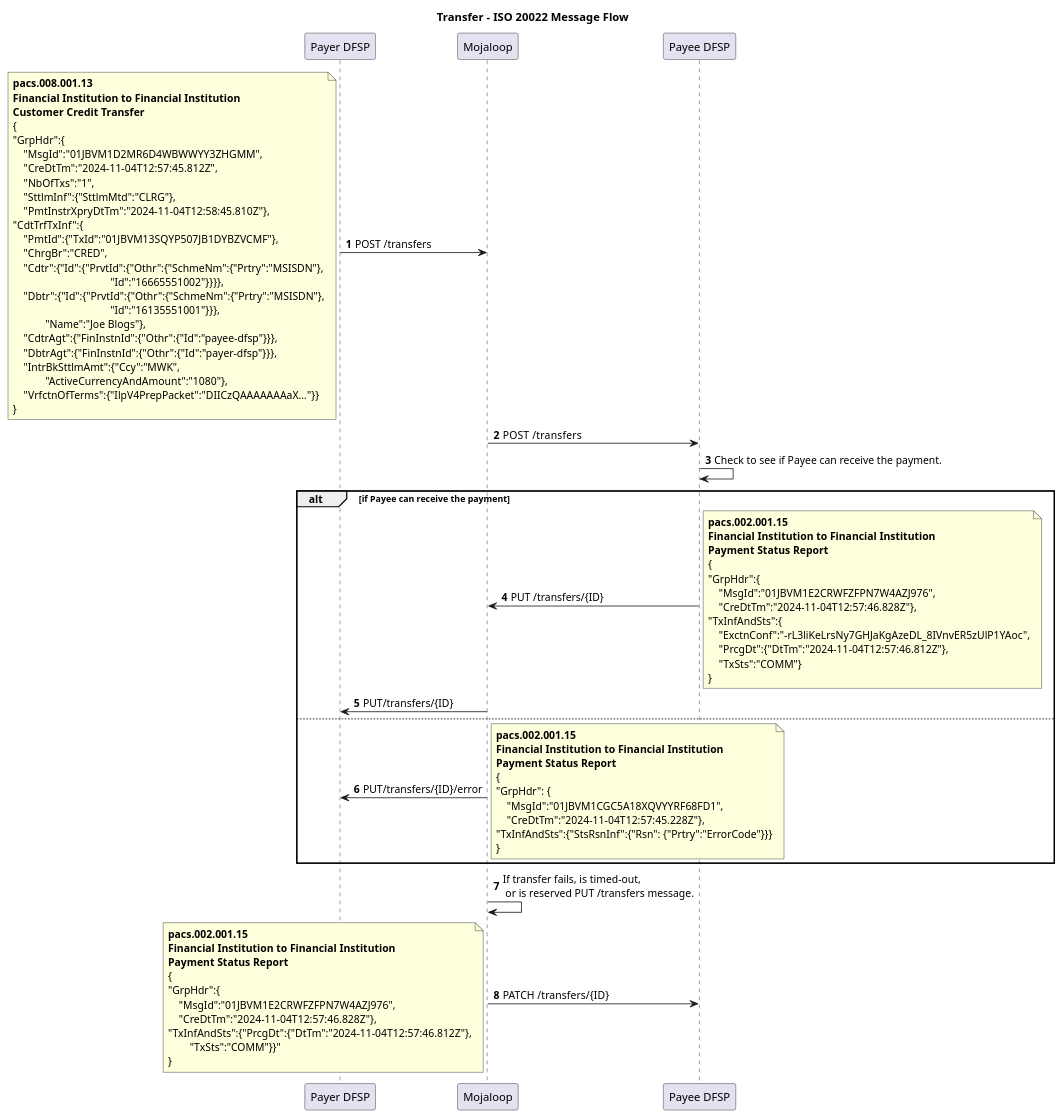
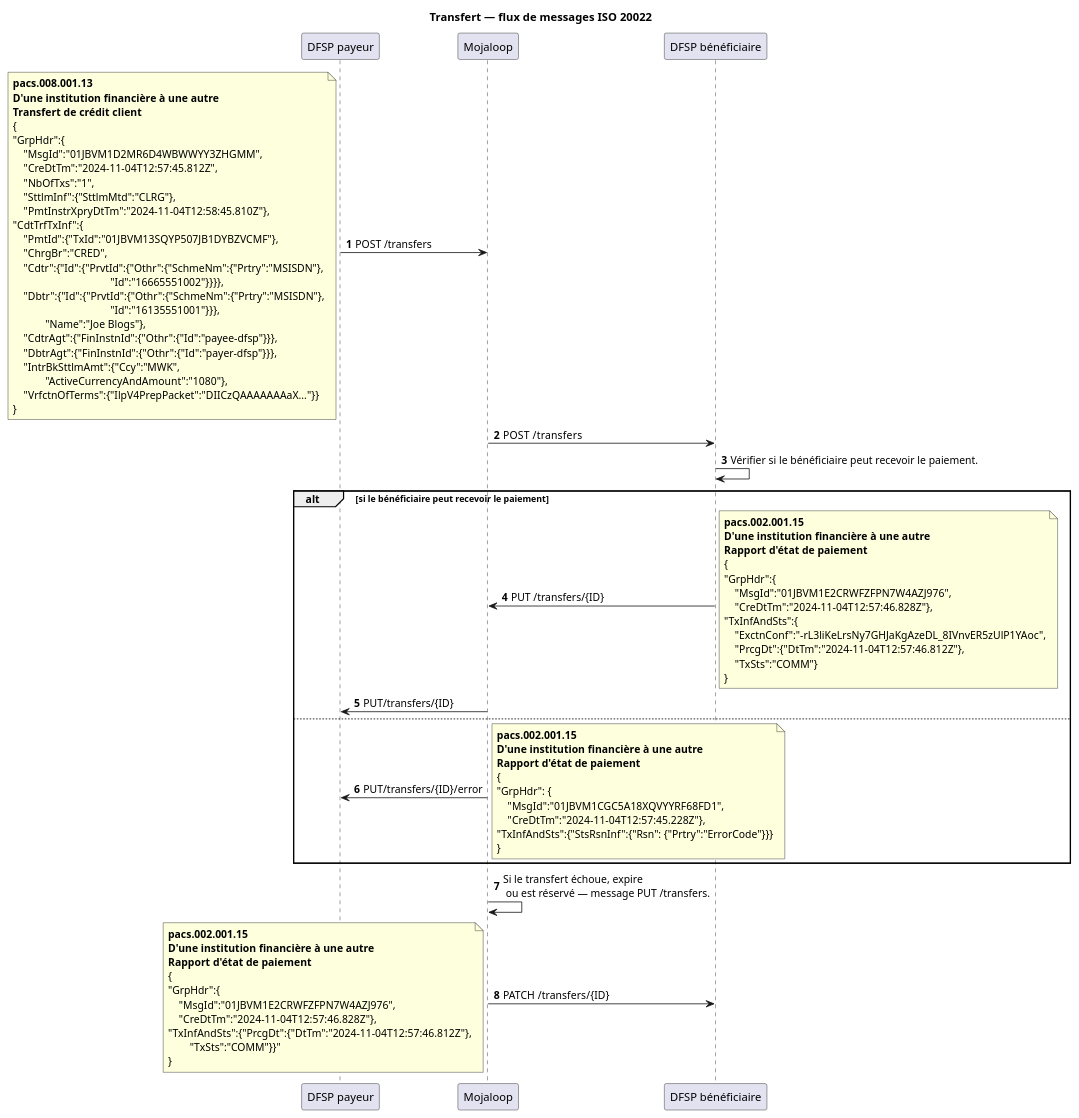
One commit to mojaloop/documentation changed the diagram in docs/fr/product/features/Iso20022/v1.0/SequenceDiagrams/Transfer.plantuml. Above: the diagram before and after it, drawn with PlantUML. The commit also changed 55 other files, not shown here.

Commit message:
feat: update French translations for Currency Conversion documentation and diagrams

```diff
--- a/docs/fr/product/features/Iso20022/v1.0/SequenceDiagrams/Transfer.plantuml
+++ b/docs/fr/product/features/Iso20022/v1.0/SequenceDiagrams/Transfer.plantuml
@@ -1,88 +1,88 @@
 @startuml
 
-Title Transfer - ISO 20022 Message Flow
-participant PayerDFSP as "Payer DFSP"
+Title Transfert — flux de messages ISO 20022
+participant PayerDFSP as "DFSP payeur"
 participant Mojaloop as "Mojaloop"
-participant PayeeDFSP as "Payee DFSP"
+participant PayeeDFSP as "DFSP bénéficiaire"
 
 autonumber
 
 PayerDFSP -> Mojaloop: POST /transfers
 note left
 **pacs.008.001.13**
-**Financial Institution to Financial Institution** 
-**Customer Credit Transfer**
+**D'une institution financière à une autre** 
+**Transfert de crédit client**
 {
 "GrpHdr":{
     "MsgId":"01JBVM1D2MR6D4WBWWYY3ZHGMM",
     "CreDtTm":"2024-11-04T12:57:45.812Z",
     "NbOfTxs":"1",
     "SttlmInf":{"SttlmMtd":"CLRG"},
     "PmtInstrXpryDtTm":"2024-11-04T12:58:45.810Z"},
 "CdtTrfTxInf":{
     "PmtId":{"TxId":"01JBVM13SQYP507JB1DYBZVCMF"},
     "ChrgBr":"CRED",
     "Cdtr":{"Id":{"PrvtId":{"Othr":{"SchmeNm":{"Prtry":"MSISDN"},
                                     "Id":"16665551002"}}}},
     "Dbtr":{"Id":{"PrvtId":{"Othr":{"SchmeNm":{"Prtry":"MSISDN"},
                                     "Id":"16135551001"}}},
             "Name":"Joe Blogs"},
     "CdtrAgt":{"FinInstnId":{"Othr":{"Id":"payee-dfsp"}}},
     "DbtrAgt":{"FinInstnId":{"Othr":{"Id":"payer-dfsp"}}},
     "IntrBkSttlmAmt":{"Ccy":"MWK",
             "ActiveCurrencyAndAmount":"1080"},
     "VrfctnOfTerms":{"IlpV4PrepPacket":"DIICzQAAAAAAAaX..."}}
 }    
 end note
 Mojaloop -> PayeeDFSP: POST  /transfers
-PayeeDFSP -> PayeeDFSP: Check to see if Payee can receive the payment.  
-alt if Payee can receive the payment
+PayeeDFSP -> PayeeDFSP: Vérifier si le bénéficiaire peut recevoir le paiement.  
+alt si le bénéficiaire peut recevoir le paiement
 PayeeDFSP -> Mojaloop: PUT /transfers/{ID}
 note right
 **pacs.002.001.15**
-**Financial Institution to Financial Institution** 
-**Payment Status Report**
+**D'une institution financière à une autre** 
+**Rapport d'état de paiement**
 {
 "GrpHdr":{
     "MsgId":"01JBVM1E2CRWFZFPN7W4AZJ976",
     "CreDtTm":"2024-11-04T12:57:46.828Z"},
 "TxInfAndSts":{
     "ExctnConf":"-rL3liKeLrsNy7GHJaKgAzeDL_8IVnvER5zUlP1YAoc",
     "PrcgDt":{"DtTm":"2024-11-04T12:57:46.812Z"},
     "TxSts":"COMM"}
 }
 end note
 Mojaloop -> PayerDFSP: PUT/transfers/{ID}
 
 else
 
 Mojaloop -> PayerDFSP: PUT/transfers/{ID}/error 
 note right
 **pacs.002.001.15**
-**Financial Institution to Financial Institution** 
-**Payment Status Report**
+**D'une institution financière à une autre** 
+**Rapport d'état de paiement**
 {
 "GrpHdr": {
     "MsgId":"01JBVM1CGC5A18XQVYYRF68FD1",
     "CreDtTm":"2024-11-04T12:57:45.228Z"},
 "TxInfAndSts":{"StsRsnInf":{"Rsn": {"Prtry":"ErrorCode"}}}
 }
 end note
 end
 
-Mojaloop->Mojaloop: If transfer fails, is timed-out,\n or is reserved PUT /transfers message.
+Mojaloop->Mojaloop: Si le transfert échoue, expire \n ou est réservé — message PUT /transfers.
 
 Mojaloop->PayeeDFSP: PATCH /transfers/{ID}
 note left
 **pacs.002.001.15**
-**Financial Institution to Financial Institution**
-**Payment Status Report**
+**D'une institution financière à une autre**
+**Rapport d'état de paiement**
 {
 "GrpHdr":{
     "MsgId":"01JBVM1E2CRWFZFPN7W4AZJ976",
     "CreDtTm":"2024-11-04T12:57:46.828Z"},
 "TxInfAndSts":{"PrcgDt":{"DtTm":"2024-11-04T12:57:46.812Z"},
         "TxSts":"COMM"}}"   
 }
 end note
 @enduml
```
